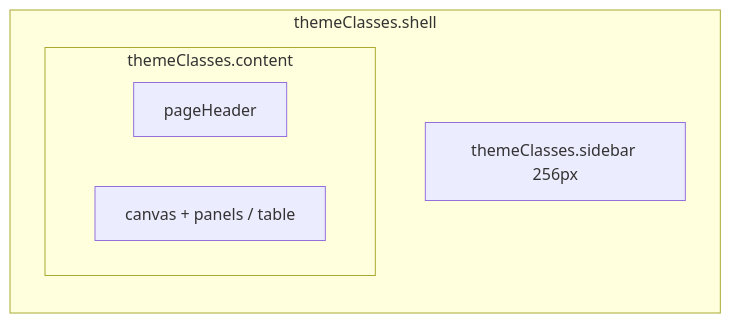
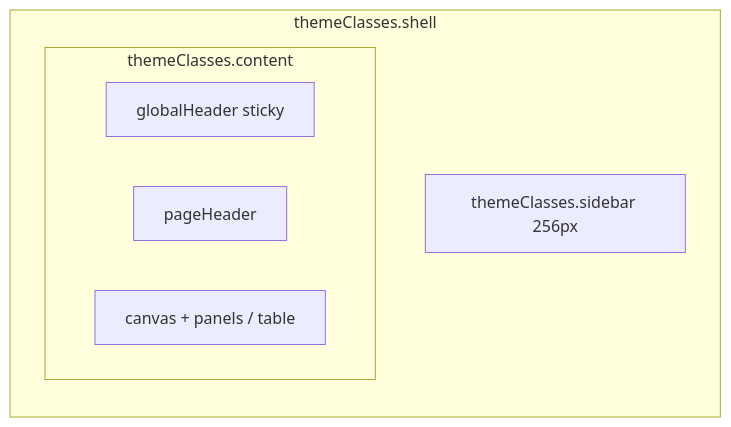
One commit to Alex61-byte/fleet-management changed the first of 4 diagrams in design/pages/_patterns.md. Above: the diagram before and after it, drawn with Mermaid. The commit also changed other lines of this file and 110 other files, not shown here.

````diff
--- a/design/pages/_patterns.md
+++ b/design/pages/_patterns.md
@@ -22,10 +22,11 @@
 ```mermaid
 flowchart LR
   subgraph shell [themeClasses.shell]
     sidebar[themeClasses.sidebar 256px]
     subgraph mainCol [themeClasses.content]
-      header[pageHeader]
+      globalHeader[globalHeader sticky]
+      pageHeader[pageHeader]
       body[canvas + panels / table]
     end
   end
 ```
````
